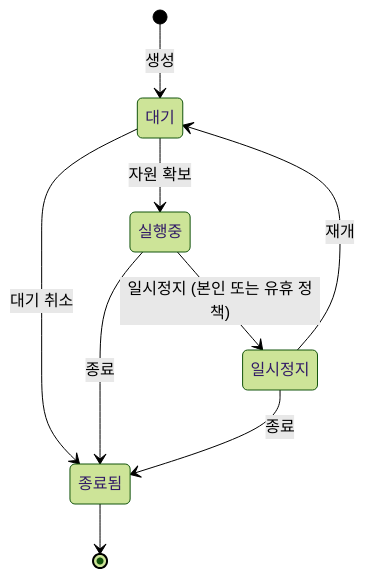
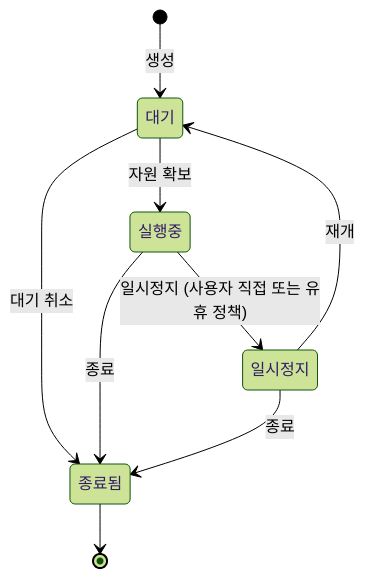
The diagram in website/i18n/ko/docusaurus-plugin-content-docs/current/user/sessions.md (Mkpong/gShare), drawn with Mermaid (forest theme) before and after one commit. The commit also changed other lines of this file and 227 other files, not shown here.

````diff
--- a/website/i18n/ko/docusaurus-plugin-content-docs/current/user/sessions.md
+++ b/website/i18n/ko/docusaurus-plugin-content-docs/current/user/sessions.md
@@ -37,11 +32,11 @@
 ```mermaid
 stateDiagram-v2
     [*] --> 대기: 생성
     대기 --> 실행중: 자원 확보
     대기 --> 종료됨: 대기 취소
-    실행중 --> 일시정지: 일시정지 (본인 또는 유휴 정책)
+    실행중 --> 일시정지: 일시정지 (사용자 직접 또는 유휴 정책)
     일시정지 --> 대기: 재개
     실행중 --> 종료됨: 종료
     일시정지 --> 종료됨: 종료
     종료됨 --> [*]
 ```
````
